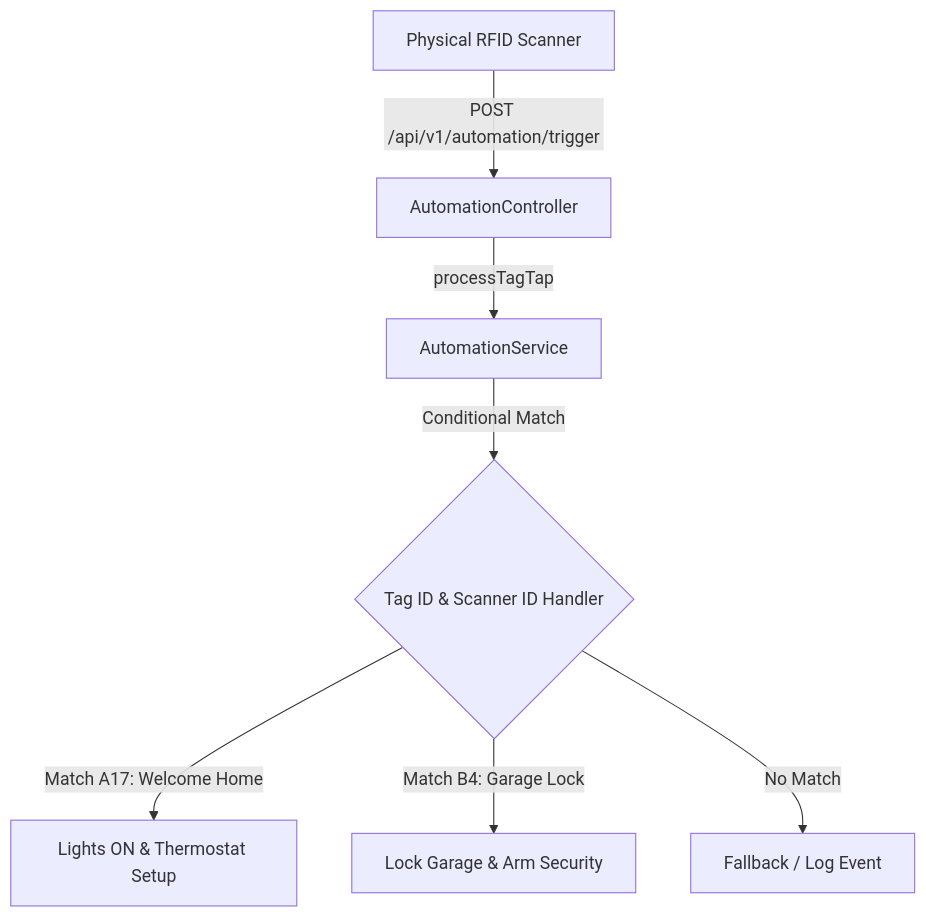
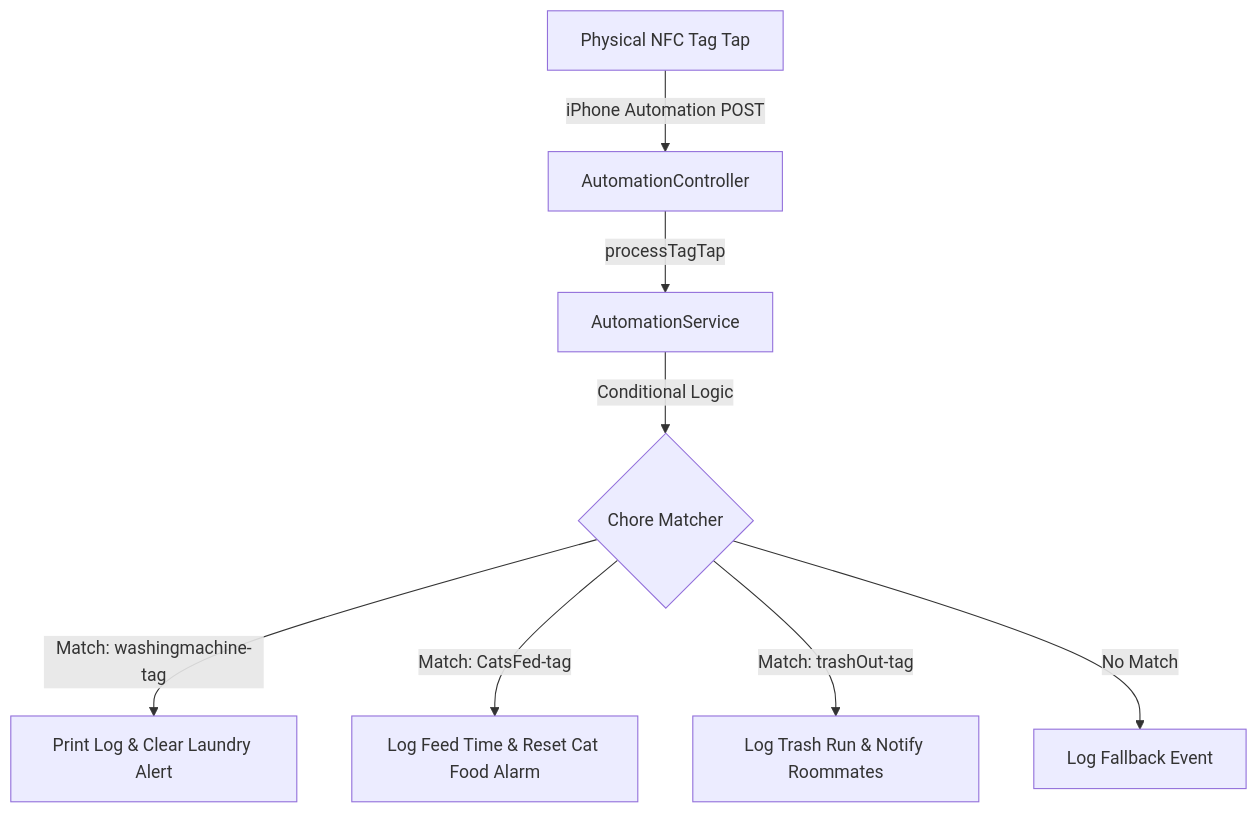
One commit to hudezz/rfid-system changed the diagram in README.md. Above: the diagram before and after it, drawn with Mermaid. The commit also changed other lines of this file, not shown here.

````diff
--- a/README.md
+++ b/README.md
@@ -11,9 +26,10 @@
 ```mermaid
 graph TD
-    A[Physical RFID Scanner] -->|POST /api/v1/automation/trigger| B[AutomationController]
+    A[Physical NFC Tag Tap] -->|iPhone Automation POST| B[AutomationController]
     B -->|processTagTap| C[AutomationService]
-    C -->|Conditional Match| D{Tag ID & Scanner ID Handler}
-    D -->|Match A17: Welcome Home| E[Lights ON & Thermostat Setup]
-    D -->|Match B4: Garage Lock| F[Lock Garage & Arm Security]
-    D -->|No Match| G[Fallback / Log Event]
+    C -->|Conditional Logic| D{Chore Matcher}
+    D -->|Match: washingmachine-tag| E[Print Log & Clear Laundry Alert]
+    D -->|Match: CatsFed-tag| F[Log Feed Time & Reset Cat Food Alarm]
+    D -->|Match: trashOut-tag| G[Log Trash Run & Notify Roommates]
+    D -->|No Match| H[Log Fallback Event]
 ```
````
